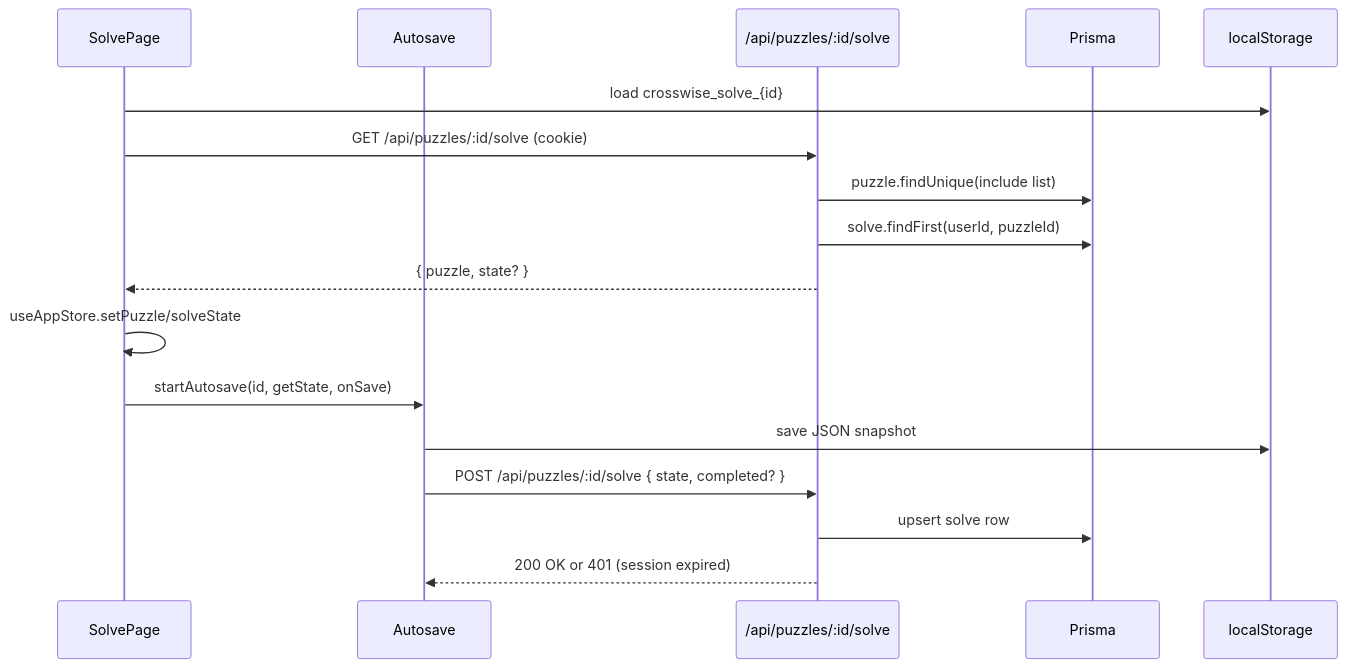
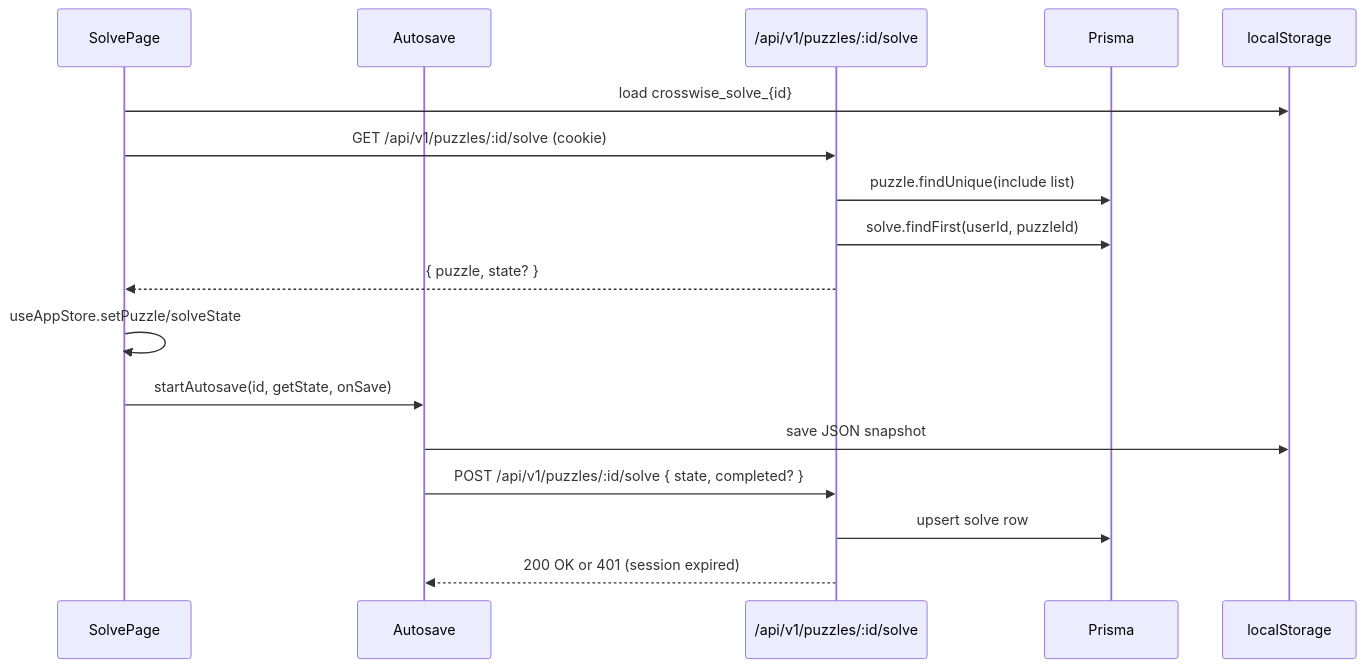
One commit to dragondad22/CrossWise changed the fourth of 4 diagrams in docs/data_flow.md. Above: the diagram before and after it, drawn with Mermaid. The commit also changed other lines of this file and 29 other files, not shown here.

````diff
--- a/docs/data_flow.md
+++ b/docs/data_flow.md
@@ -75,20 +75,20 @@
 ```mermaid
 sequenceDiagram
     participant UI as SolvePage
     participant Autosave
-    participant API as /api/puzzles/:id/solve
+    participant API as /api/v1/puzzles/:id/solve
     participant Prisma
     participant Storage as localStorage
 
     UI->>Storage: load crosswise_solve_{id}
-    UI->>API: GET /api/puzzles/:id/solve (cookie)
+    UI->>API: GET /api/v1/puzzles/:id/solve (cookie)
     API->>Prisma: puzzle.findUnique(include list)
     API->>Prisma: solve.findFirst(userId, puzzleId)
     API-->>UI: { puzzle, state? }
     UI->>UI: useAppStore.setPuzzle/solveState
     UI->>Autosave: startAutosave(id, getState, onSave)
     Autosave->>Storage: save JSON snapshot
-    Autosave->>API: POST /api/puzzles/:id/solve { state, completed? }
+    Autosave->>API: POST /api/v1/puzzles/:id/solve { state, completed? }
     API->>Prisma: upsert solve row
     API-->>Autosave: 200 OK or 401 (session expired)
 ```
````
